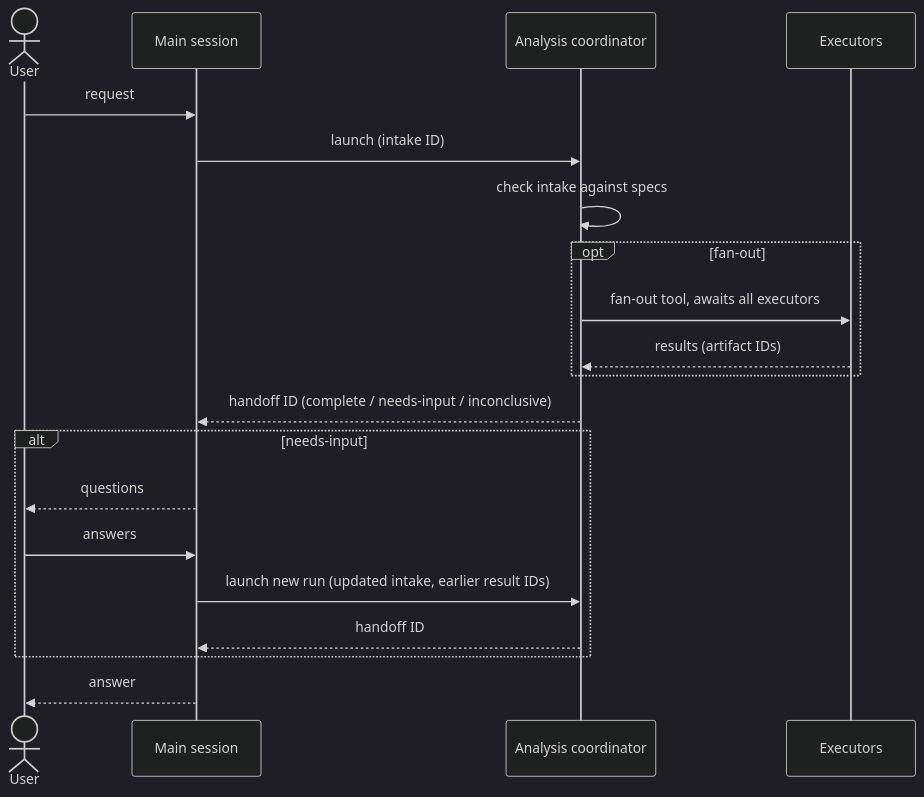
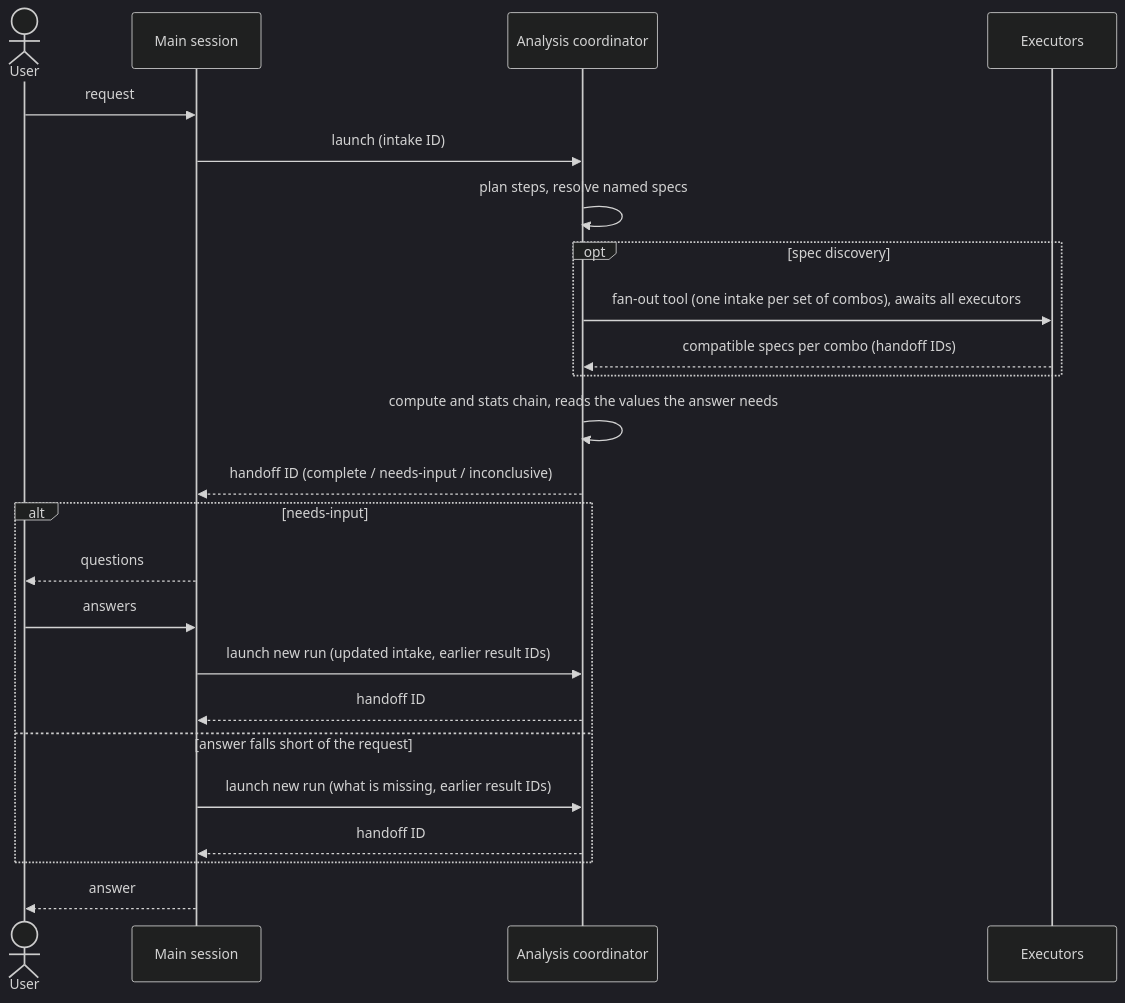
One commit to chaturv3di/aitaem changed the second of 3 diagrams in plans/agent_module/ARCHITECTURE.md. Above: the diagram before and after it, drawn with Mermaid (dark theme). The commit also changed other lines of this file and 7 other files, not shown here.

````diff
--- a/plans/agent_module/ARCHITECTURE.md
+++ b/plans/agent_module/ARCHITECTURE.md
@@ -281,22 +284,26 @@
 ```mermaid
 sequenceDiagram
     actor U as User
     participant M as Main session
     participant C as Analysis coordinator
     participant E as Executors
     U->>M: request
     M->>C: launch (intake ID)
-    C->>C: check intake against specs
-    opt fan-out
-        C->>E: fan-out tool, awaits all executors
-        E-->>C: results (artifact IDs)
+    C->>C: plan steps, resolve named specs
+    opt spec discovery
+        C->>E: fan-out tool (one intake per set of combos), awaits all executors
+        E-->>C: compatible specs per combo (handoff IDs)
     end
+    C->>C: compute and stats chain, reads the values the answer needs
     C-->>M: handoff ID (complete / needs-input / inconclusive)
     alt needs-input
         M-->>U: questions
         U->>M: answers
         M->>C: launch new run (updated intake, earlier result IDs)
         C-->>M: handoff ID
+    else answer falls short of the request
+        M->>C: launch new run (what is missing, earlier result IDs)
+        C-->>M: handoff ID
     end
     M-->>U: answer
 ```
````
